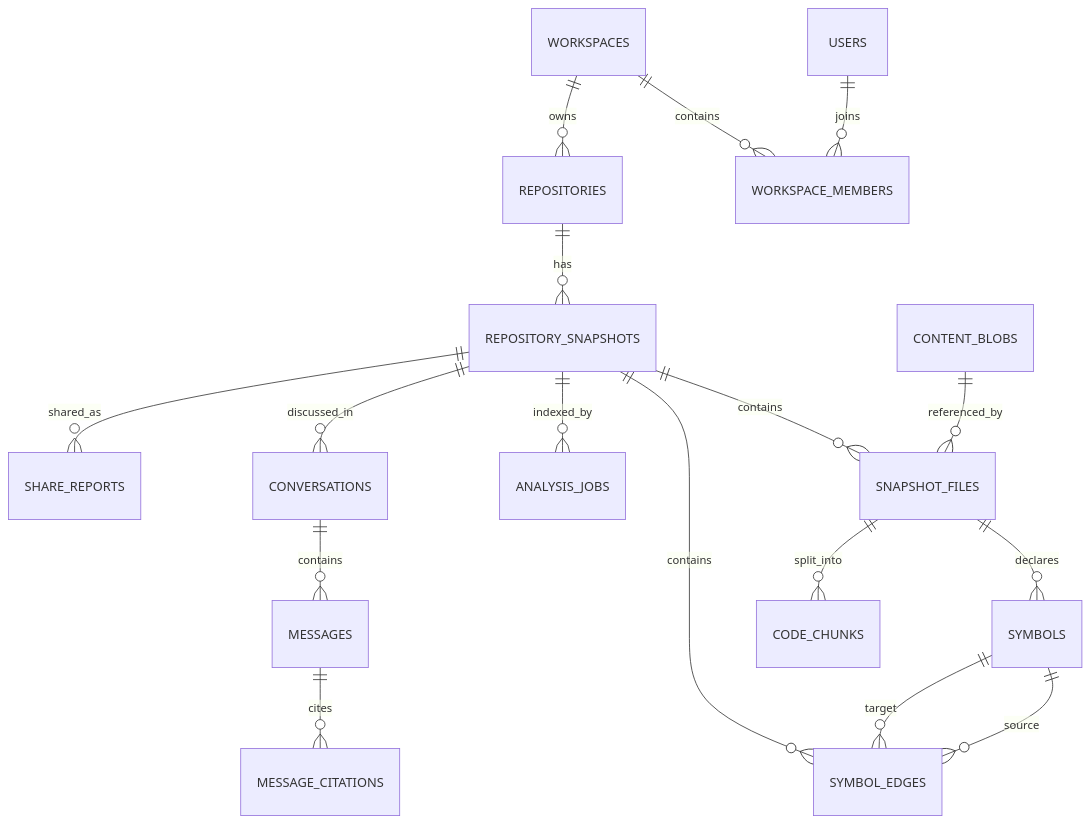
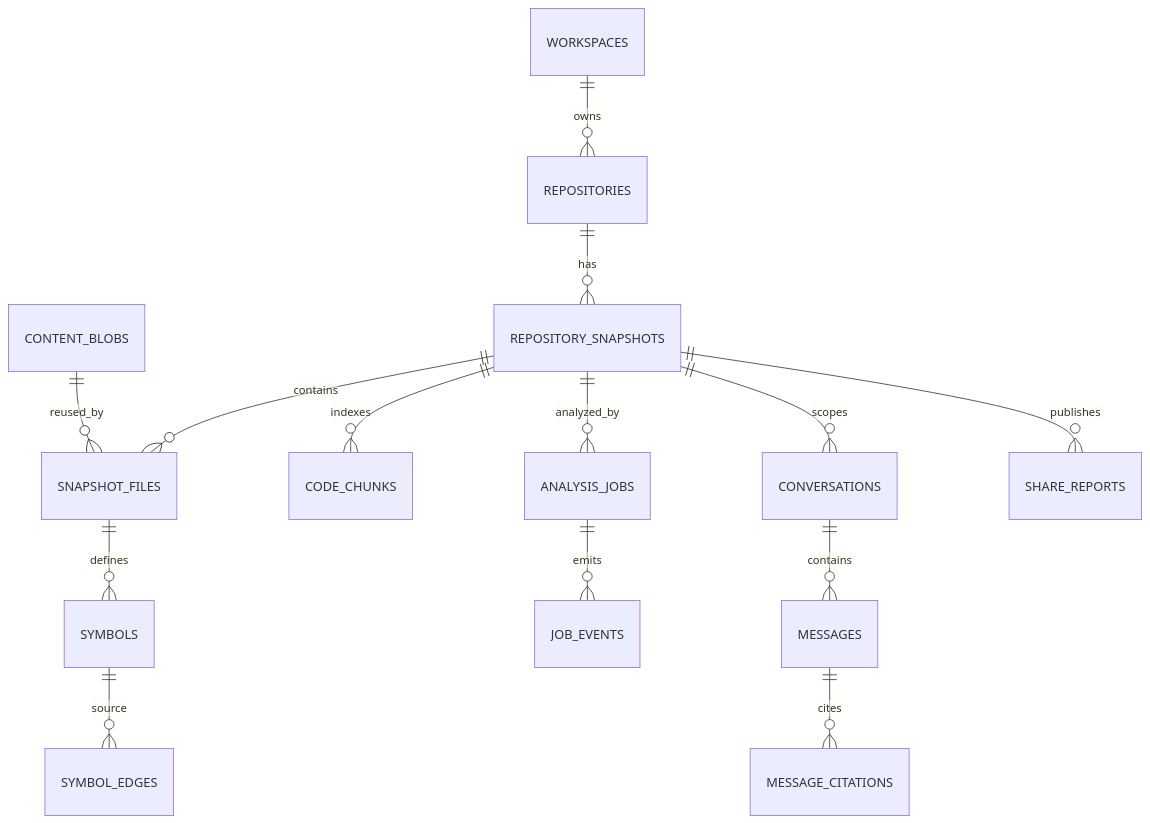
One commit to githubyangjiaxun/repovista changed the diagram in docs/database/数据库设计.md. Above: the diagram before and after it, drawn with Mermaid. The commit also changed other lines of this file and 19 other files, not shown here.

````diff
--- a/docs/database/数据库设计.md
+++ b/docs/database/数据库设计.md
@@ -29,19 +62,16 @@
-~~~mermaid
+```mermaid
 erDiagram
-    USERS ||--o{ WORKSPACE_MEMBERS : joins
-    WORKSPACES ||--o{ WORKSPACE_MEMBERS : contains
     WORKSPACES ||--o{ REPOSITORIES : owns
     REPOSITORIES ||--o{ REPOSITORY_SNAPSHOTS : has
     REPOSITORY_SNAPSHOTS ||--o{ SNAPSHOT_FILES : contains
-    CONTENT_BLOBS ||--o{ SNAPSHOT_FILES : referenced_by
-    SNAPSHOT_FILES ||--o{ SYMBOLS : declares
-    REPOSITORY_SNAPSHOTS ||--o{ SYMBOL_EDGES : contains
+    CONTENT_BLOBS ||--o{ SNAPSHOT_FILES : reused_by
+    SNAPSHOT_FILES ||--o{ SYMBOLS : defines
     SYMBOLS ||--o{ SYMBOL_EDGES : source
-    SYMBOLS ||--o{ SYMBOL_EDGES : target
-    SNAPSHOT_FILES ||--o{ CODE_CHUNKS : split_into
-    REPOSITORY_SNAPSHOTS ||--o{ ANALYSIS_JOBS : indexed_by
-    REPOSITORY_SNAPSHOTS ||--o{ CONVERSATIONS : discussed_in
+    REPOSITORY_SNAPSHOTS ||--o{ CODE_CHUNKS : indexes
+    REPOSITORY_SNAPSHOTS ||--o{ ANALYSIS_JOBS : analyzed_by
+    ANALYSIS_JOBS ||--o{ JOB_EVENTS : emits
+    REPOSITORY_SNAPSHOTS ||--o{ CONVERSATIONS : scopes
     CONVERSATIONS ||--o{ MESSAGES : contains
     MESSAGES ||--o{ MESSAGE_CITATIONS : cites
-    REPOSITORY_SNAPSHOTS ||--o{ SHARE_REPORTS : shared_as
-~~~
+    REPOSITORY_SNAPSHOTS ||--o{ SHARE_REPORTS : publishes
+```
````
